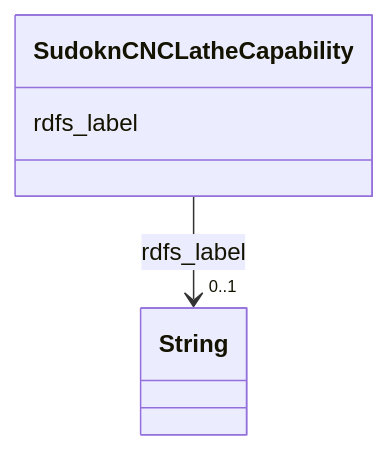
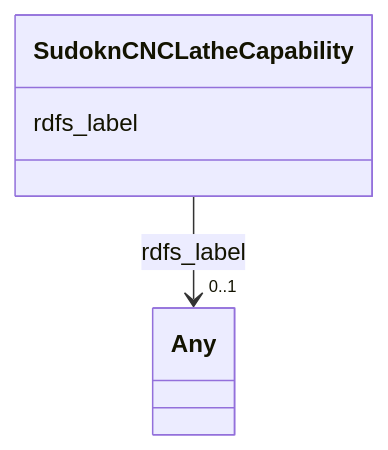
One commit to frink-okn/graph-descriptions changed the diagram in sudokn-kg/classes/SudoknCNCLatheCapability.md. Above: the diagram before and after it, drawn with Mermaid. The commit also changed other lines of this file and 903 other files, not shown here.

````diff
--- a/sudokn-kg/classes/SudoknCNCLatheCapability.md
+++ b/sudokn-kg/classes/SudoknCNCLatheCapability.md
@@ -23,15 +18,15 @@
 ```mermaid
  classDiagram
     class SudoknCNCLatheCapability
     click SudoknCNCLatheCapability href "../SudoknCNCLatheCapability"
       SudoknCNCLatheCapability : rdfs_label
         
           
     
     
-    SudoknCNCLatheCapability --> "0..1" String : rdfs_label
-    click String href "../String"
+    SudoknCNCLatheCapability --> "0..1" Any : rdfs_label
+    click Any href "../Any"
 
         
       
 ```
````
